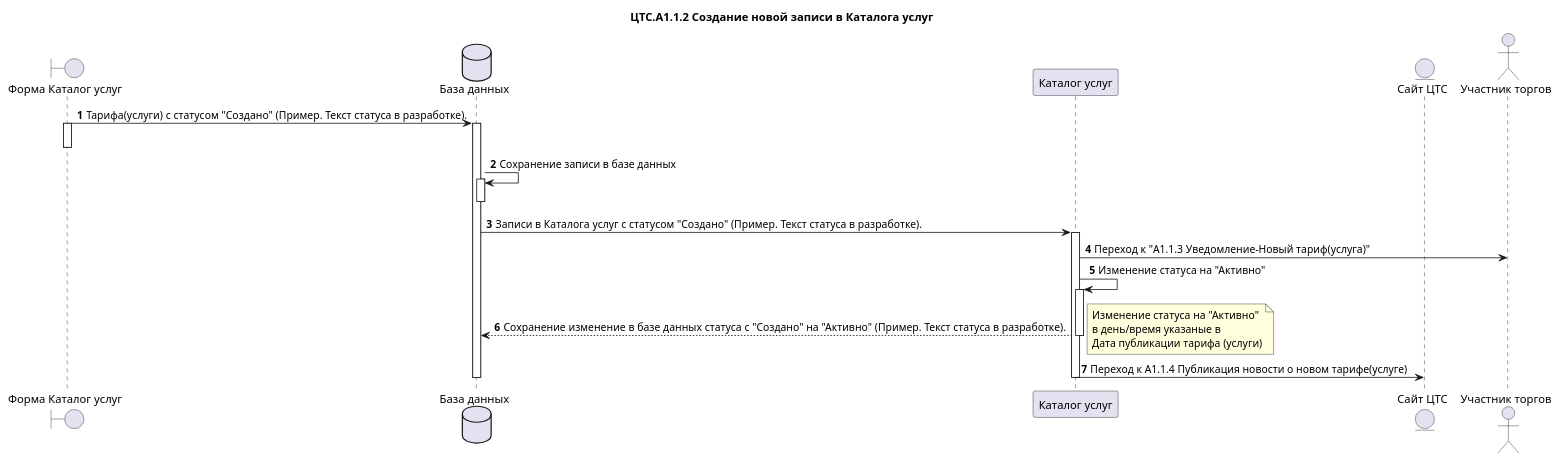
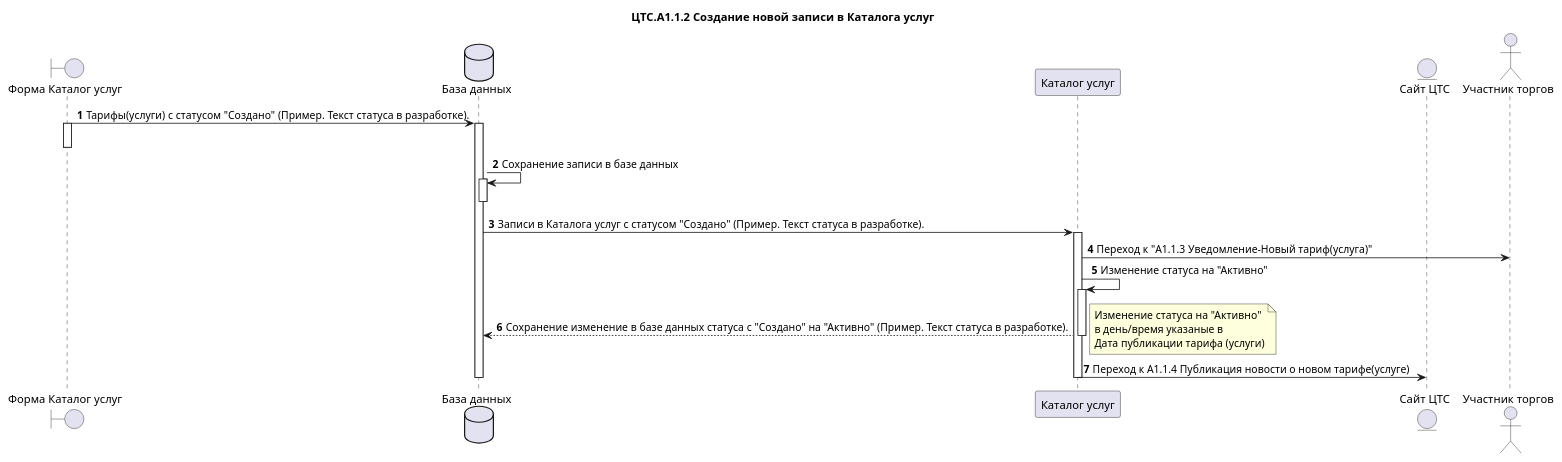
Before and after one commit to moaxmoaxpxrf4jag/CTS.Documentation: the diagram in Project solutions/БП. Диаграммы/А1.Каталог услуг/ЦТС.A1.1 Новый тариф (услуга)/ЦТС.A1.1.2 Создание новой записи в Каталога услуг.wsd, drawn with PlantUML. The commit also changed 1 other file, not shown here.

```diff
--- a/Project solutions/БП. Диаграммы/А1.Каталог услуг/ЦТС.A1.1 Новый тариф (услуга)/ЦТС.A1.1.2 Создание новой записи в Каталога услуг.wsd
+++ b/Project solutions/БП. Диаграммы/А1.Каталог услуг/ЦТС.A1.1 Новый тариф (услуга)/ЦТС.A1.1.2 Создание новой записи в Каталога услуг.wsd
@@ -1,38 +1,38 @@
 @startuml "ЦТС.A1.1 Новый тариф (услуга)"
 title "ЦТС.А1.1.2 Создание новой записи в Каталога услуг"
 boundary "Форма Каталог услуг" as СatalogServiceForm
 database "База данных" as Database
 participant "Каталог услуг" as СatalogService
 entity "Сайт ЦТС" as SiteCTS
 actor "Участник торгов" as User
 
 autonumber
-СatalogServiceForm->Database: Тарифа(услуги) с статусом "Создано" (Пример. Текст статуса в разработке).
+СatalogServiceForm->Database: Тарифы(услуги) с статусом "Создано" (Пример. Текст статуса в разработке).
 activate СatalogServiceForm
 deactivate СatalogServiceForm
 
 activate Database
 Database->Database: Сохранение записи в базе данных
 activate Database
 deactivate Database
 Database->СatalogService: Записи в Каталога услуг с статусом "Создано" (Пример. Текст статуса в разработке).
 
 activate СatalogService
 
 СatalogService->User: Переход к "A1.1.3 Уведомление-Новый тариф(услуга)"
 
 СatalogService->СatalogService: Изменение статуса на "Активно"
 activate СatalogService
 СatalogService-->Database: Сохранение изменение в базе данных статуса с "Создано" на "Активно" (Пример. Текст статуса в разработке).
 deactivate СatalogService
 note right
     Изменение статуса на "Активно" 
     в день/время указаные в 
     Дата публикации тарифа (услуги)
 end note
 
 СatalogService->SiteCTS: Переход к A1.1.4 Публикация новости о новом тарифе(услуге)
 
 deactivate Database
 deactivate СatalogService
 @enduml
```
